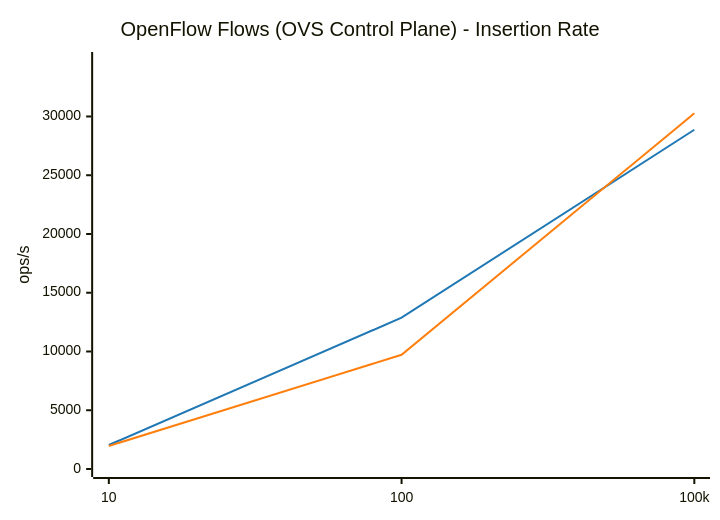
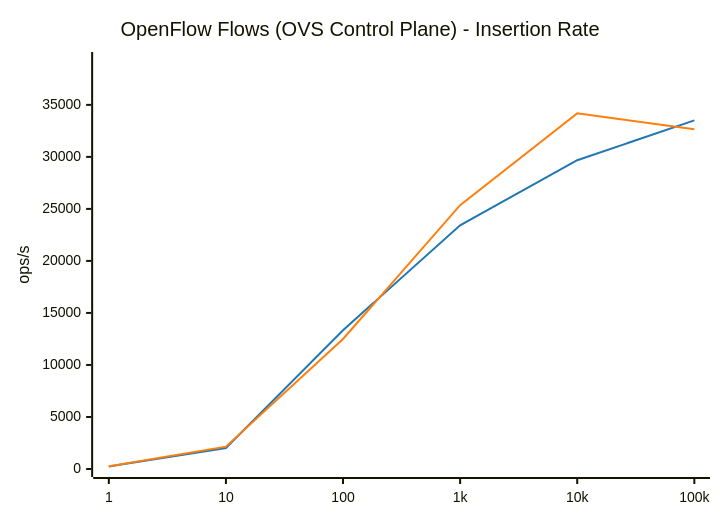
Diagram 11 of 14 in results/BENCHMARK_REPORT.md (LionelJouin/ovs-ovn-bench), drawn with Mermaid before and after one commit. The commit also changed other lines of this file and 4 other files, not shown here.

````diff
--- a/results/BENCHMARK_REPORT.md
+++ b/results/BENCHMARK_REPORT.md
@@ -289,14 +732,14 @@
 ```mermaid
 ---
 config:
     themeVariables:
         xyChart:
             plotColorPalette: "#1f77b4, #ff7f0e"
 ---
 xychart-beta
     title "OpenFlow Flows (OVS Control Plane) - Insertion Rate"
-    x-axis ["10", "100", "100k"]
-    y-axis "ops/s" 0 --> 34807
-    line "glibc malloc" [2039.6, 12875.0, 28868.8]
-    line "jemalloc" [1955.4, 9720.1, 30266.6]
+    x-axis ["1", "10", "100", "1k", "10k", "100k"]
+    y-axis "ops/s" 0 --> 39312
+    line "glibc malloc" [236.8, 2018.2, 13342.2, 23421.9, 29679.1, 33506.8]
+    line "jemalloc" [257.1, 2151.5, 12493.8, 25355.0, 34183.9, 32646.8]
 ```
````
